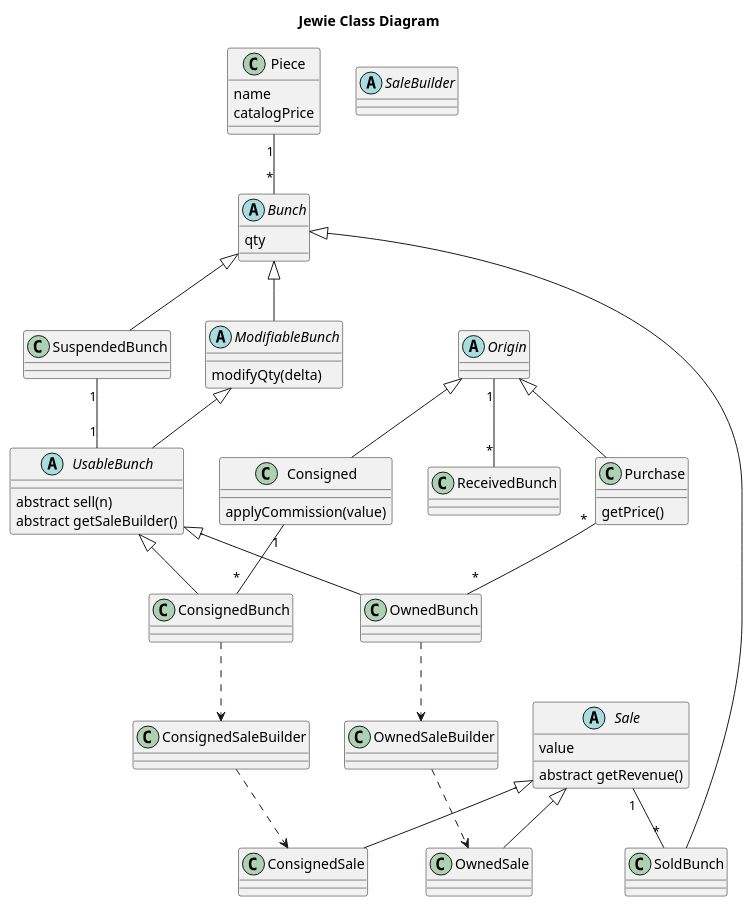
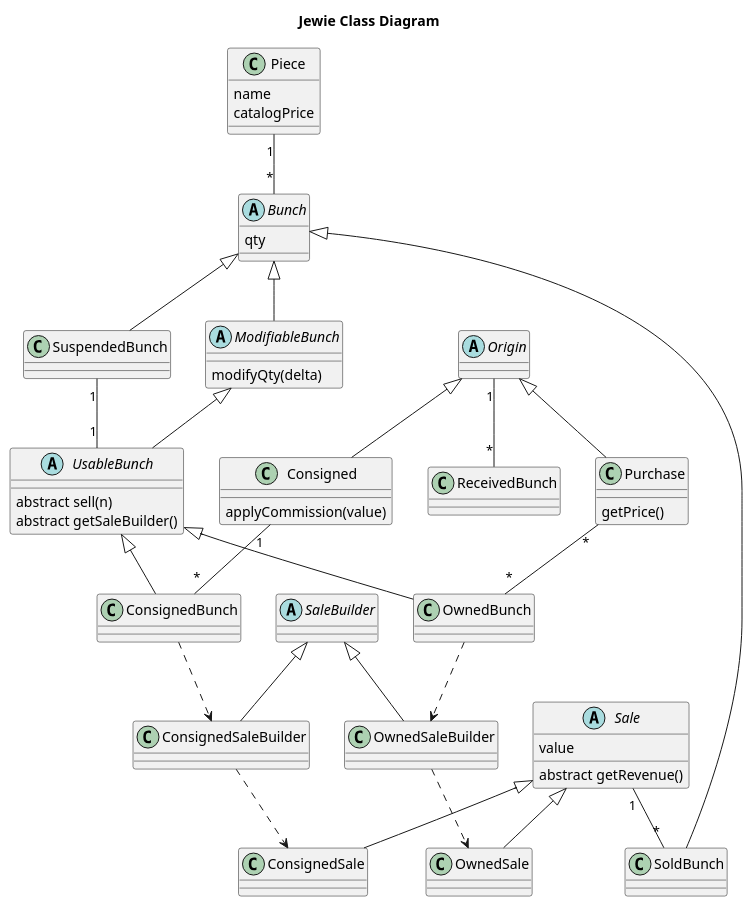
One commit to hfduran/jewie changed the diagram in docs/classes.puml. Above: the diagram before and after it, drawn with PlantUML. The commit also changed 2 other files, not shown here.

Commit message:
:memo: docs: fixed SaleBuilder inheritance on diagram

```diff
--- a/docs/classes.puml
+++ b/docs/classes.puml
@@ -1,59 +1,62 @@
 @startuml
 
 title Jewie Class Diagram
 
 class Piece {
     name
     catalogPrice
 }
 
 abstract class Bunch {
     qty
 }
 class SoldBunch extends Bunch
 abstract class ModifiableBunch extends Bunch {
     modifyQty(delta)
 }
 abstract class UsableBunch extends ModifiableBunch {
     abstract sell(n)
     abstract getSaleBuilder()
 }
 class SuspendedBunch extends Bunch
 SuspendedBunch "1"--"1" UsableBunch
 
 class OwnedBunch extends UsableBunch
 class ConsignedBunch extends UsableBunch
 
 abstract class Sale {
     value
     abstract getRevenue()
 }
 class OwnedSale extends Sale
 class ConsignedSale extends Sale
 
 abstract class SaleBuilder
 
 abstract class Origin
 class ReceivedBunch
 class Consigned extends Origin {
     applyCommission(value)
 }
 class Purchase extends Origin {
     getPrice()
 }
 
 Piece "1"--"*" Bunch
 
+SaleBuilder <|-- ConsignedSaleBuilder
+SaleBuilder <|-- OwnedSaleBuilder
+
 OwnedSaleBuilder ..> OwnedSale
 ConsignedSaleBuilder ..> ConsignedSale
 OwnedBunch ..> OwnedSaleBuilder
 ConsignedBunch ..> ConsignedSaleBuilder
 
 Consigned "1"--"*" ConsignedBunch
 Purchase "*"--"*" OwnedBunch
 
 Origin "1"--"*" ReceivedBunch
 
 Sale "1"--"*" SoldBunch
 
 @enduml
```
